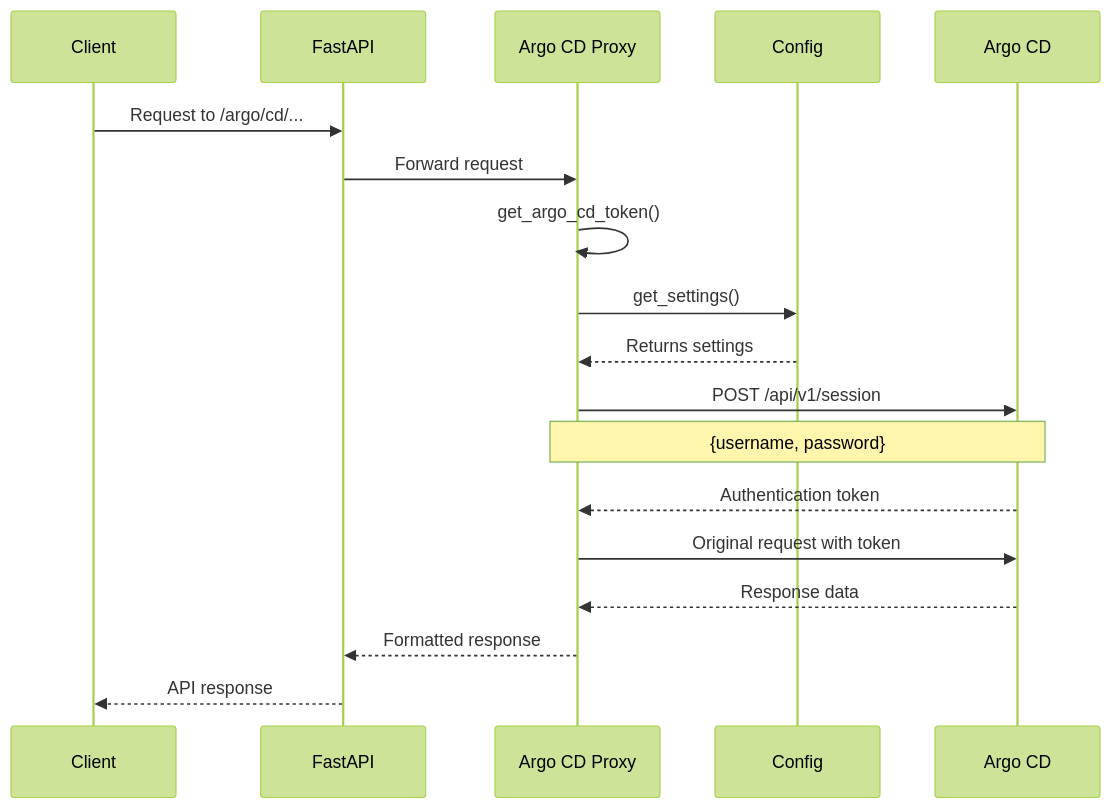
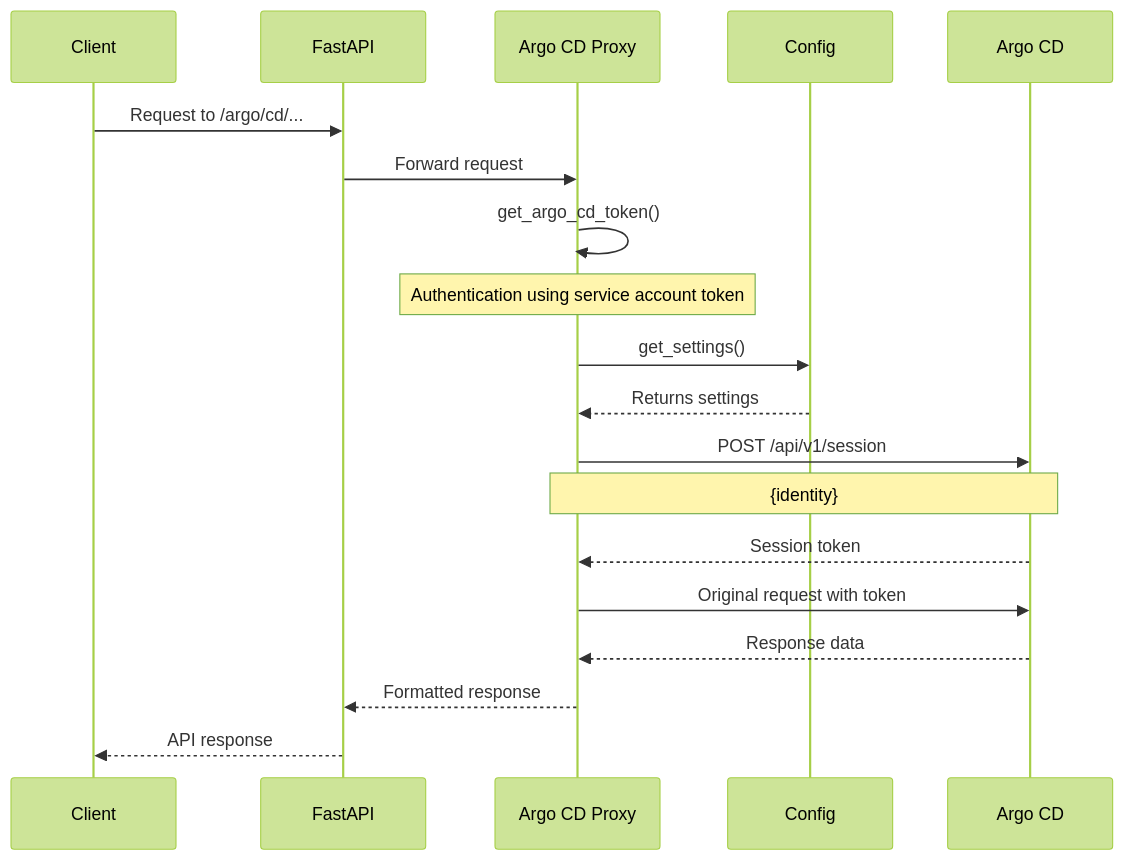
One commit to lloydchang/tvp-k8s changed the diagram in fastapi/mermaid/argo-cd-proxy-sequence.mermaid. Above: the diagram before and after it, drawn with Mermaid (forest theme).

```diff
--- a/fastapi/mermaid/argo-cd-proxy-sequence.mermaid
+++ b/fastapi/mermaid/argo-cd-proxy-sequence.mermaid
@@ -1,21 +1,22 @@
 sequenceDiagram
     participant Client
     participant FastAPI
     participant Argo CD Proxy
     participant Config
     participant Argo CD
     
     Client->>FastAPI: Request to /argo/cd/...
     FastAPI->>Argo CD Proxy: Forward request
     Argo CD Proxy->>Argo CD Proxy: get_argo_cd_token()
+    Note over Argo CD Proxy: Authentication using service account token
     Argo CD Proxy->>Config: get_settings()
     Config-->>Argo CD Proxy: Returns settings
     
     Argo CD Proxy->>Argo CD: POST /api/v1/session
-    Note over Argo CD Proxy,Argo CD: {username, password}
-    Argo CD-->>Argo CD Proxy: Authentication token
+    Note over Argo CD Proxy,Argo CD: {identity}
+    Argo CD-->>Argo CD Proxy: Session token
     
     Argo CD Proxy->>Argo CD: Original request with token
     Argo CD-->>Argo CD Proxy: Response data
     Argo CD Proxy-->>FastAPI: Formatted response
     FastAPI-->>Client: API response
```
